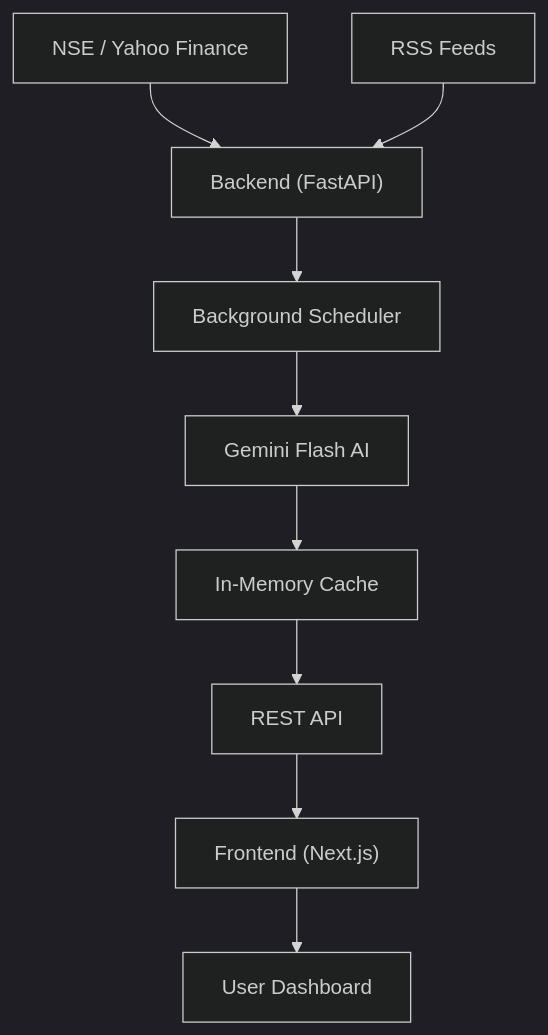
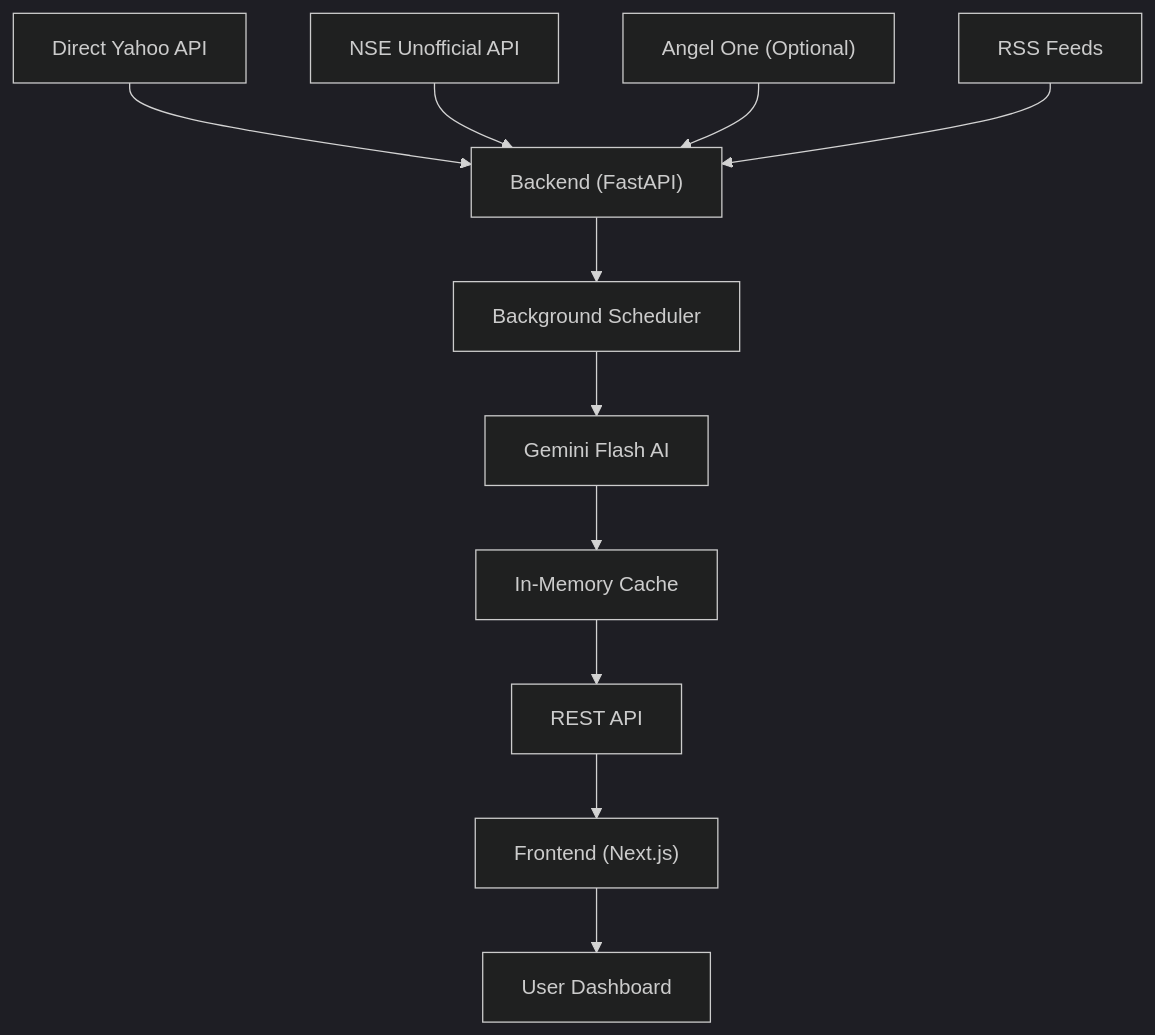
One commit to Aryan35-codes/market-dashboard changed the diagram in README.md. Above: the diagram before and after it, drawn with Mermaid (dark theme). The commit also changed other lines of this file and 24 other files, not shown here.

Commit message:
Stabilization & Pivot: Resilient data architecture, parallel startup, and AI summary optimization

````diff
--- a/README.md
+++ b/README.md
@@ -19,11 +17,13 @@
 ```mermaid
 graph TD
-    A["NSE / Yahoo Finance"] --> B["Backend (FastAPI)"]
+    A["Direct Yahoo API"] --> B["Backend (FastAPI)"]
+    B1["NSE Unofficial API"] --> B
+    B2["Angel One (Optional)"] --> B
     C["RSS Feeds"] --> B
     B --> D["Background Scheduler"]
     D --> E["Gemini Flash AI"]
     E --> F["In-Memory Cache"]
     F --> G["REST API"]
     G --> H["Frontend (Next.js)"]
     H --> I["User Dashboard"]
 ```
````
